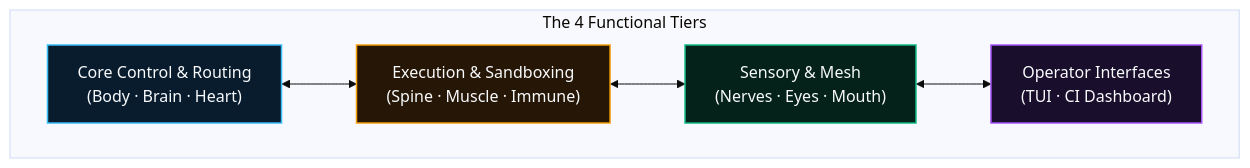
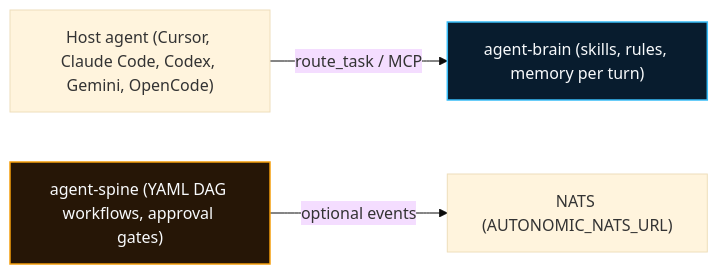
One commit to autonomic-ai-dev/website changed the diagram in src/routes/docs/+page.md. Above: the diagram before and after it, drawn with Mermaid (base theme). The commit also changed other lines of this file and 35 other files, not shown here.

First line of the commit message:
docs: scope website to agent-brain and agent-spine (#21)

````diff
--- a/src/routes/docs/+page.md
+++ b/src/routes/docs/+page.md
@@ -11,22 +12,10 @@
 ```mermaid
-flowchart TD
-    subgraph Tiers["The 4 Functional Tiers"]
-        Core["Core Control & Routing\n(Body · Brain · Heart)"]
-        Execution["Execution & Sandboxing\n(Spine · Muscle · Immune)"]
-        Sensory["Sensory & Mesh\n(Nerves · Eyes · Mouth)"]
-        Interface["Operator Interfaces\n(TUI · CI Dashboard)"]
-    end
-
-    Core <--> Execution
-    Execution <--> Sensory
-    Sensory <--> Interface
+flowchart LR
+    Host["Host agent (Cursor, Claude Code, Codex, Gemini, OpenCode)"] -->|route_task / MCP| Brain["agent-brain (skills, rules, memory per turn)"]
+    Spine["agent-spine (YAML DAG workflows, approval gates)"] -->|optional events| Nats["NATS (AUTONOMIC_NATS_URL)"]
 
     classDef core fill:#081c2e,stroke:#38bdf8,stroke-width:1.5px,color:#f8fafc;
     classDef exec fill:#261606,stroke:#f59e0b,stroke-width:1.5px,color:#f8fafc;
-    classDef sensory fill:#04211a,stroke:#10b981,stroke-width:1.5px,color:#f8fafc;
-    classDef iface fill:#190e2b,stroke:#a855f7,stroke-width:1.5px,color:#f8fafc;
-    class Core core;
-    class Execution exec;
-    class Sensory sensory;
-    class Interface iface;
+    class Brain core;
+    class Spine exec;
 ```
````
